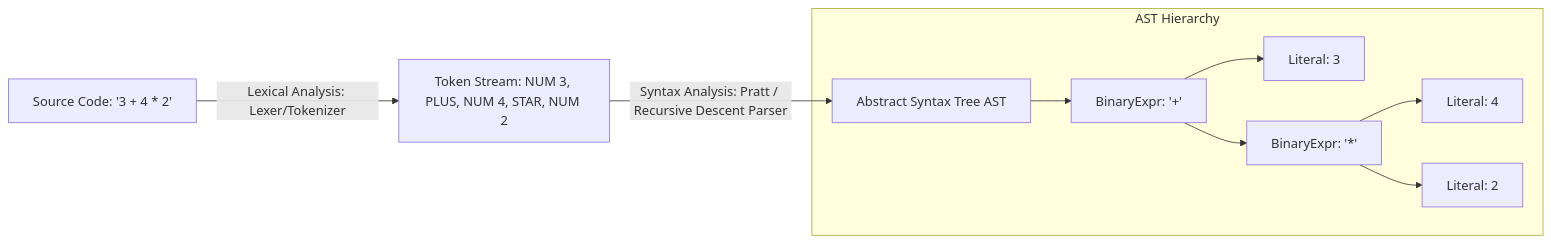
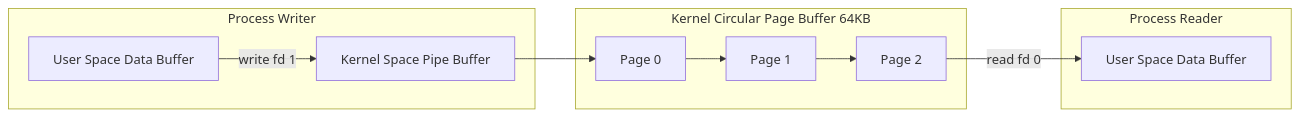
Before and after one commit to Rizki2204/ultimate-learning-paths: the diagram in curriculum/07-os-internals-linux/117-komunikasi-antar-proses-ipc.md, drawn with Mermaid. The commit also changed other lines of this file and 533 other files, not shown here.

````diff
--- a/curriculum/07-os-internals-linux/117-komunikasi-antar-proses-ipc.md
+++ b/curriculum/07-os-internals-linux/117-komunikasi-antar-proses-ipc.md
@@ -39,12 +40,12 @@
 ```mermaid
 graph LR
-A[Source Code: '3 + 4 * 2'] -->|Lexical Analysis: Lexer/Tokenizer| B[Token Stream: NUM 3, PLUS, NUM 4, STAR, NUM 2]
-B -->|Syntax Analysis: Pratt / Recursive Descent Parser| C[Abstract Syntax Tree AST]
-subgraph AST Hierarchy
-C --> D[BinaryExpr: '+']
-D --> E[Literal: 3]
-D --> F[BinaryExpr: '*']
-F --> G[Literal: 4]
-F --> H[Literal: 2]
+subgraph Process Writer
+A[User Space Data Buffer] -->|write fd 1| B[Kernel Space Pipe Buffer]
+end
+subgraph Kernel Circular Page Buffer 64KB
+B --> C[Page 0] --> D[Page 1] --> E[Page 2]
+end
+subgraph Process Reader
+E -->|read fd 0| F[User Space Data Buffer]
 end
 ```
````
